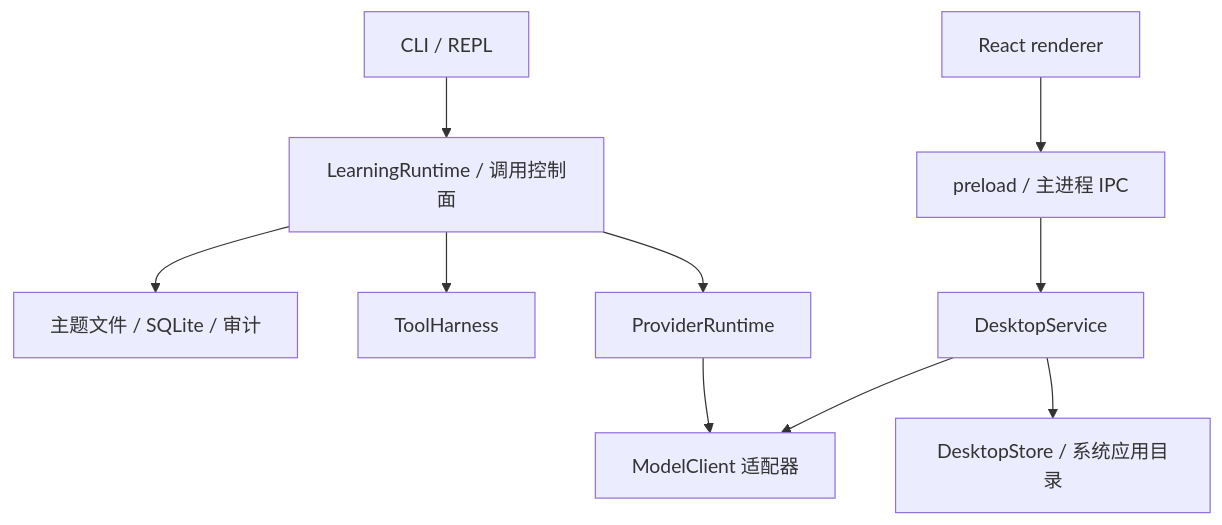
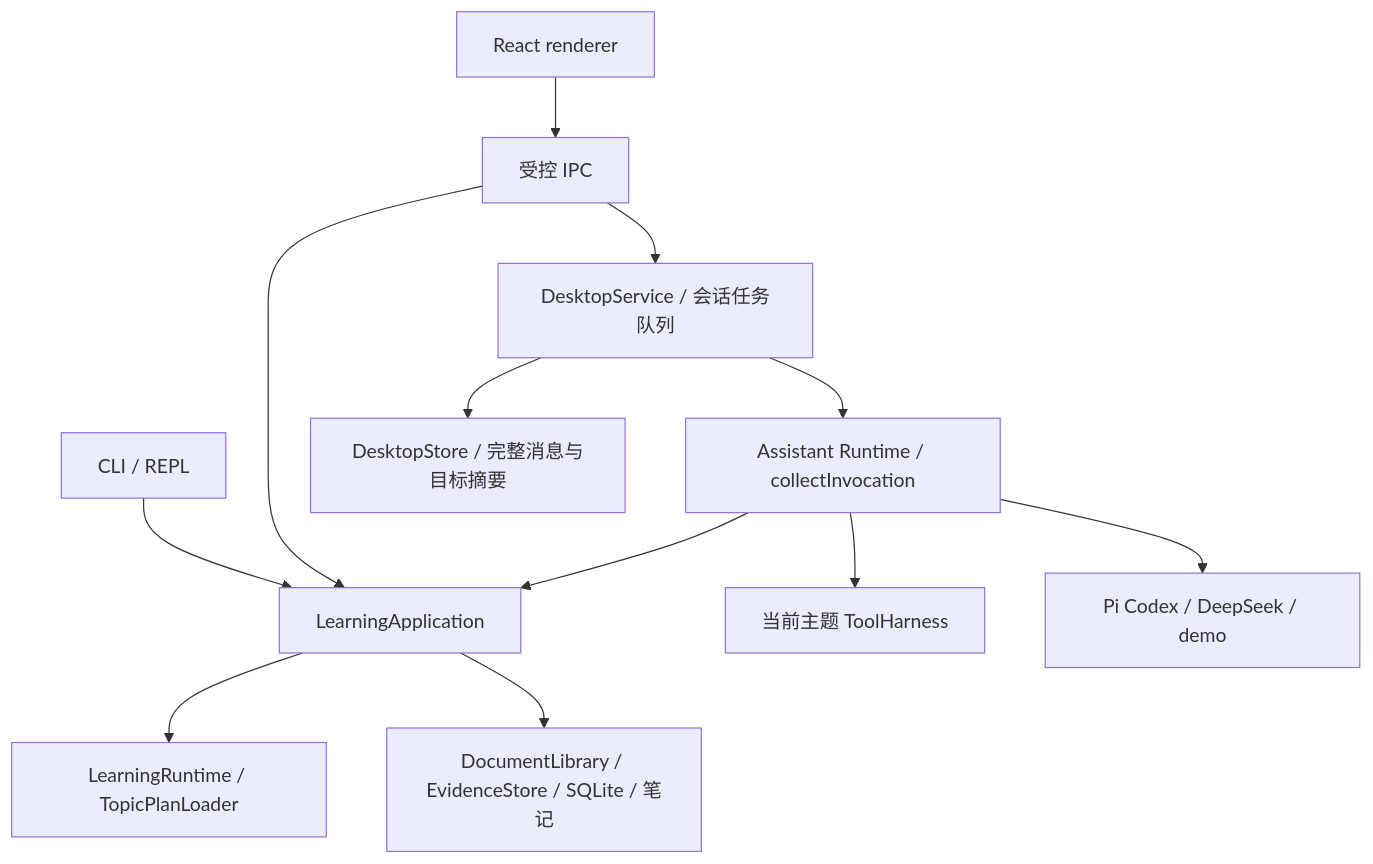
The diagram in docs/architecture.md (muzigef/zhixing), drawn with Mermaid before and after one commit. The commit also changed other lines of this file and 78 other files, not shown here.

Commit message:
feat: unify learning workflows and upgrade desktop agent to 0.3

````diff
--- a/docs/architecture.md
+++ b/docs/architecture.md
@@ -10,12 +10,14 @@
 ```mermaid
 graph TD
-  CLI[CLI / REPL] --> Runtime[LearningRuntime / 调用控制面]
-  Runtime --> Local[主题文件 / SQLite / 审计]
-  Runtime --> Tools[ToolHarness]
-  Runtime --> Providers[ProviderRuntime]
-  Providers --> Model[ModelClient 适配器]
-  UI[React renderer] --> IPC[preload / 主进程 IPC]
-  IPC --> Desktop[DesktopService]
-  Desktop --> Store[DesktopStore / 系统应用目录]
-  Desktop --> Model
+  CLI[CLI / REPL] --> App[LearningApplication]
+  UI[React renderer] --> IPC[受控 IPC]
+  IPC --> Desktop[DesktopService / 会话任务队列]
+  IPC --> App
+  Desktop --> Assistant[Assistant Runtime / collectInvocation]
+  Assistant --> App
+  App --> Domain[LearningRuntime / TopicPlanLoader]
+  App --> Stores[DocumentLibrary / EvidenceStore / SQLite / 笔记]
+  Assistant --> Tools[当前主题 ToolHarness]
+  Assistant --> Model[Pi Codex / DeepSeek / demo]
+  Desktop --> Chat[DesktopStore / 完整消息与目标摘要]
 ```
````
